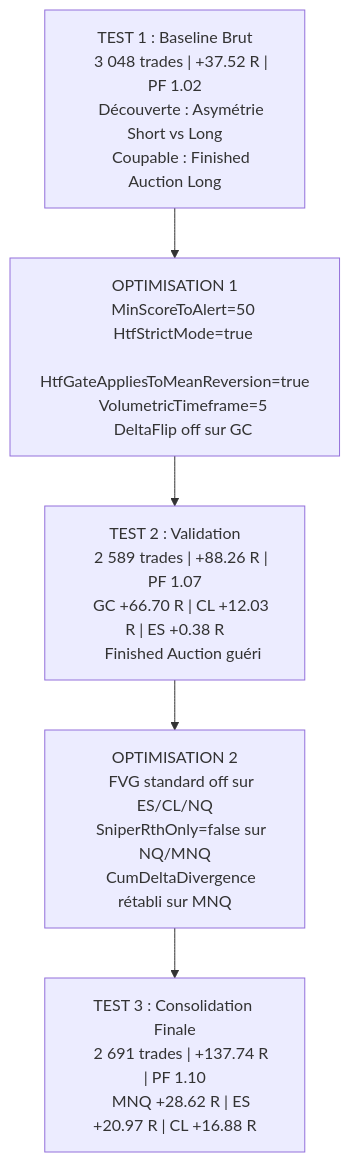
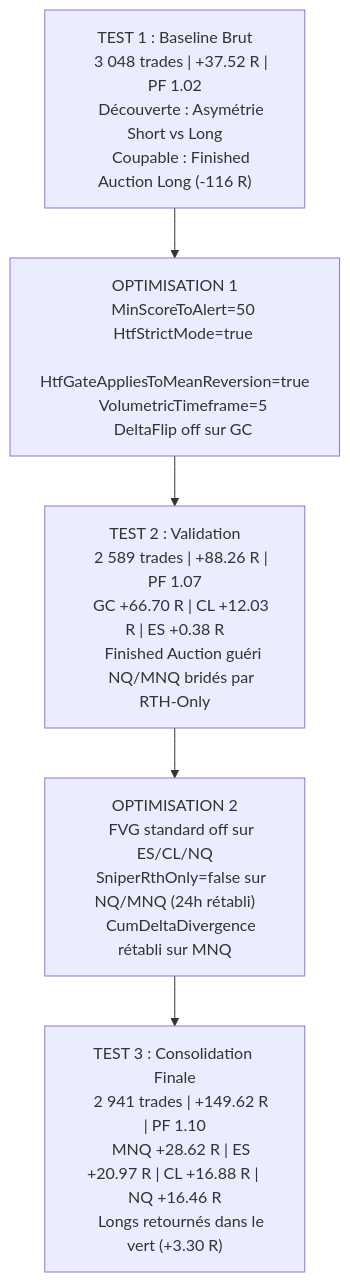
The diagram in MD/RAPPORT_PERFORMANCE_MULTI_ACTIFS_SHADOW_SCALPINGPRO.md (amc-pro/AMC-V8), drawn with Mermaid before and after one commit. The commit also changed other lines of this file and 3 other files, not shown here.

````diff
--- a/MD/RAPPORT_PERFORMANCE_MULTI_ACTIFS_SHADOW_SCALPINGPRO.md
+++ b/MD/RAPPORT_PERFORMANCE_MULTI_ACTIFS_SHADOW_SCALPINGPRO.md
@@ -26,23 +26,25 @@
 ```mermaid
 graph TD
     T1["TEST 1 : Baseline Brut
     3 048 trades | +37.52 R | PF 1.02
     Découverte : Asymétrie Short vs Long
-    Coupable : Finished Auction Long"] --> OPT1["OPTIMISATION 1
+    Coupable : Finished Auction Long (-116 R)"] --> OPT1["OPTIMISATION 1
     MinScoreToAlert=50
     HtfStrictMode=true
     HtfGateAppliesToMeanReversion=true
     VolumetricTimeframe=5
     DeltaFlip off sur GC"]
     OPT1 --> T2["TEST 2 : Validation
     2 589 trades | +88.26 R | PF 1.07
     GC +66.70 R | CL +12.03 R | ES +0.38 R
-    Finished Auction guéri"]
+    Finished Auction guéri
+    NQ/MNQ bridés par RTH-Only"]
     T2 --> OPT2["OPTIMISATION 2
     FVG standard off sur ES/CL/NQ
-    SniperRthOnly=false sur NQ/MNQ
+    SniperRthOnly=false sur NQ/MNQ (24h rétabli)
     CumDeltaDivergence rétabli sur MNQ"]
     OPT2 --> T3["TEST 3 : Consolidation Finale
-    2 691 trades | +137.74 R | PF 1.10
-    MNQ +28.62 R | ES +20.97 R | CL +16.88 R"]
+    2 941 trades | +149.62 R | PF 1.10
+    MNQ +28.62 R | ES +20.97 R | CL +16.88 R | NQ +16.46 R
+    Longs retournés dans le vert (+3.30 R)"]
 ```
````
